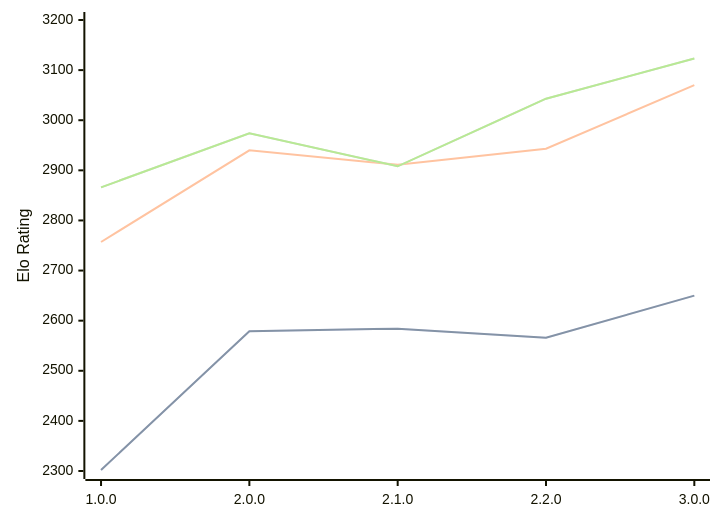
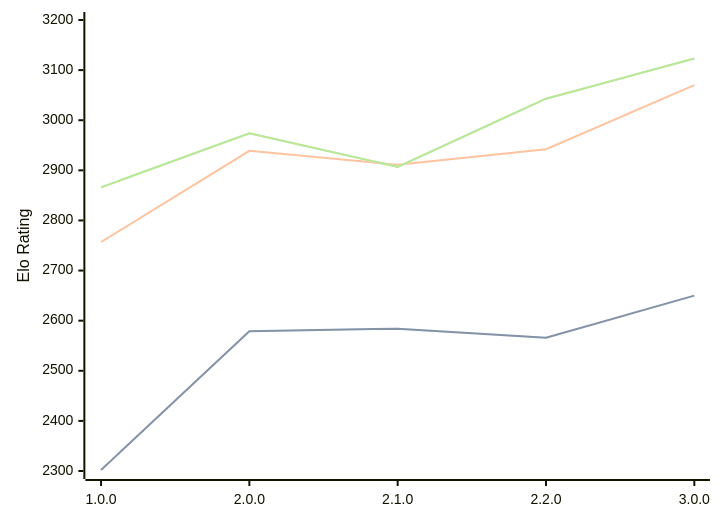
One commit to computer-chess-index/cci changed the diagram in engines/Catalyst.md. Above: the diagram before and after it, drawn with Mermaid. The commit also changed other lines of this file, not shown here.

Commit message:
Update CCI Ratings (ELO VLTC) - 2026-07-28

````diff
--- a/engines/Catalyst.md
+++ b/engines/Catalyst.md
@@ -36,11 +36,11 @@
 ```mermaid
 %%{init: {"theme":"base","themeVariables":{"seriesColors:['#a3a3a3','#222221','#faa371']}}}%%
 xychart-beta
   x-axis ["1.0.0", "2.0.0", "2.1.0", "2.2.0", "3.0.0"]
   y-axis "Elo Rating" 2300 --> 3200
   line "STC (8.0+0.08s)" [2302, 2579, 2584, 2566, 2650]
   line "STC (8.0+0.08s)" [2302, 2579, 2584, 2566, 2650]
-  line "LTC (60.0+0.60s)" [2757, 2940, 2911, 2943, 3070]
-  line "VLTC (2m24s+1.12s)" [2866, 2974, 2908, 3043, 3123]
-  line "VLTC (2m24s+1.12s)" [2866, 2974, 2908, 3043, 3123]
+  line "LTC (60.0+0.60s)" [2757, 2939, 2911, 2942, 3070]
+  line "VLTC (2m24s+1.12s)" [2866, 2974, 2907, 3043, 3123]
+  line "VLTC (2m24s+1.12s)" [2866, 2974, 2907, 3043, 3123]
 ```
````
